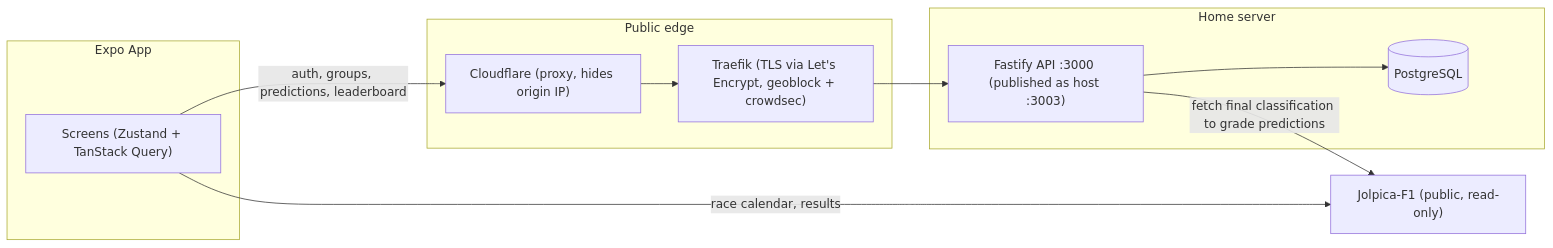
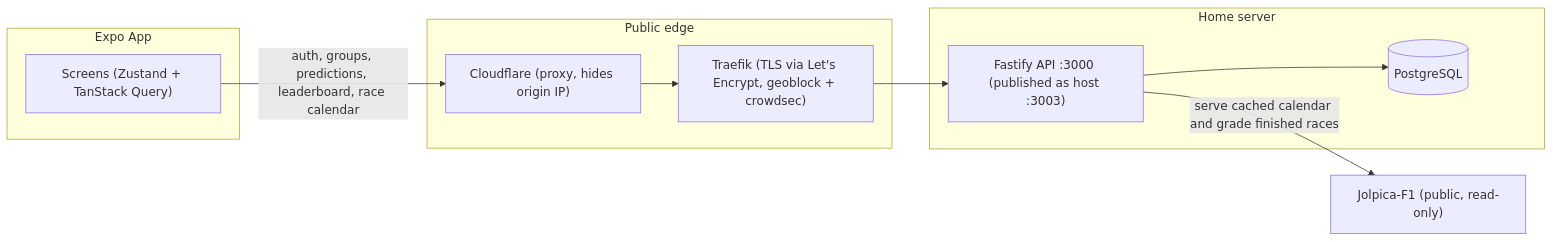
One commit to RickyRAV/cross-lights-out changed the diagram in docs/architecture.md. Above: the diagram before and after it, drawn with Mermaid. The commit also changed other lines of this file and 5 other files, not shown here.

````diff
--- a/docs/architecture.md
+++ b/docs/architecture.md
@@ -18,25 +18,24 @@
 ```mermaid
 flowchart LR
     subgraph Mobile["Expo App"]
         UI["Screens (Zustand + TanStack Query)"]
     end
 
     subgraph Edge["Public edge"]
         CF["Cloudflare (proxy, hides origin IP)"]
         TR["Traefik (TLS via Let's Encrypt, geoblock + crowdsec)"]
     end
 
     subgraph Home["Home server"]
         API["Fastify API :3000 (published as host :3003)"]
         DB[("PostgreSQL")]
     end
 
     JF1["Jolpica-F1 (public, read-only)"]
 
-    UI -- "race calendar, results" --> JF1
-    UI -- "auth, groups, predictions, leaderboard" --> CF
+    UI -- "auth, groups, predictions, leaderboard, race calendar" --> CF
     CF --> TR
     TR --> API
     API --> DB
-    API -- "fetch final classification to grade predictions" --> JF1
+    API -- "serve cached calendar and grade finished races" --> JF1
 ```
````
